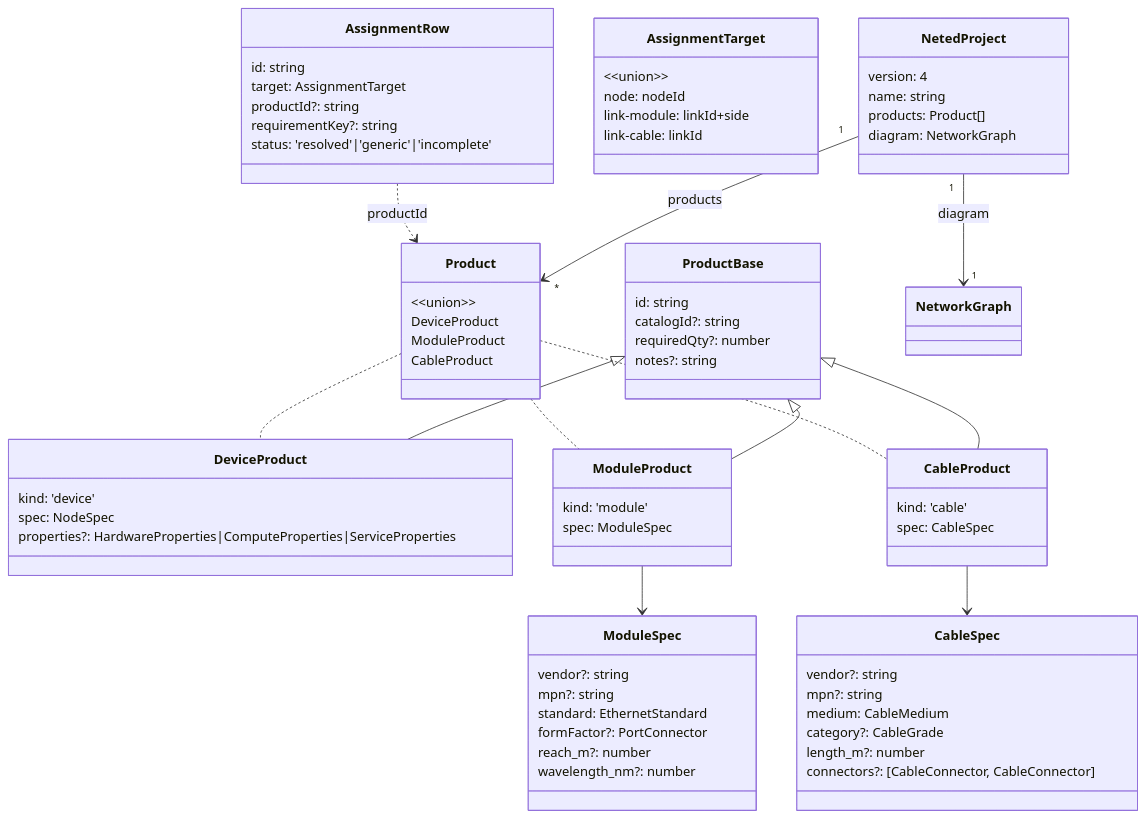
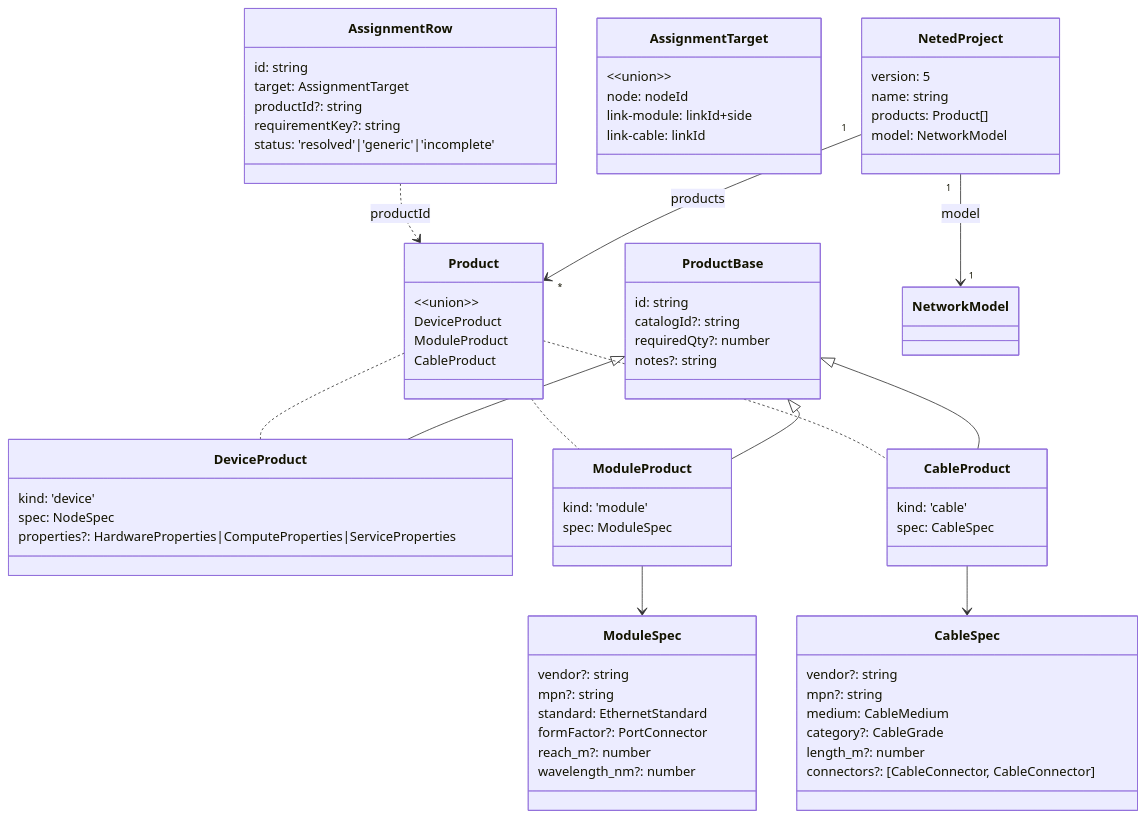
The third of 4 diagrams in apps/editor/docs/design/data-model.md (konoe-akitoshi/shumoku), drawn with Mermaid before and after one commit. The commit also changed other lines of this file and 24 other files, not shown here.

First line of the commit message:
feat(editor): keep the network model as the project's truth

````diff
--- a/apps/editor/docs/design/data-model.md
+++ b/apps/editor/docs/design/data-model.md
@@ -208,10 +208,10 @@
   }
 
   class NetedProject {
-    version: 4
+    version: 5
     name: string
     products: Product[]
-    diagram: NetworkGraph
+    model: NetworkModel
   }
 
   class AssignmentTarget {
@@ -238,6 +238,6 @@
   ModuleProduct --> ModuleSpec
   CableProduct --> CableSpec
   NetedProject "1" --> "*" Product : products
-  NetedProject "1" --> "1" NetworkGraph : diagram
+  NetedProject "1" --> "1" NetworkModel : model
   AssignmentRow ..> Product : productId
 ```
````
